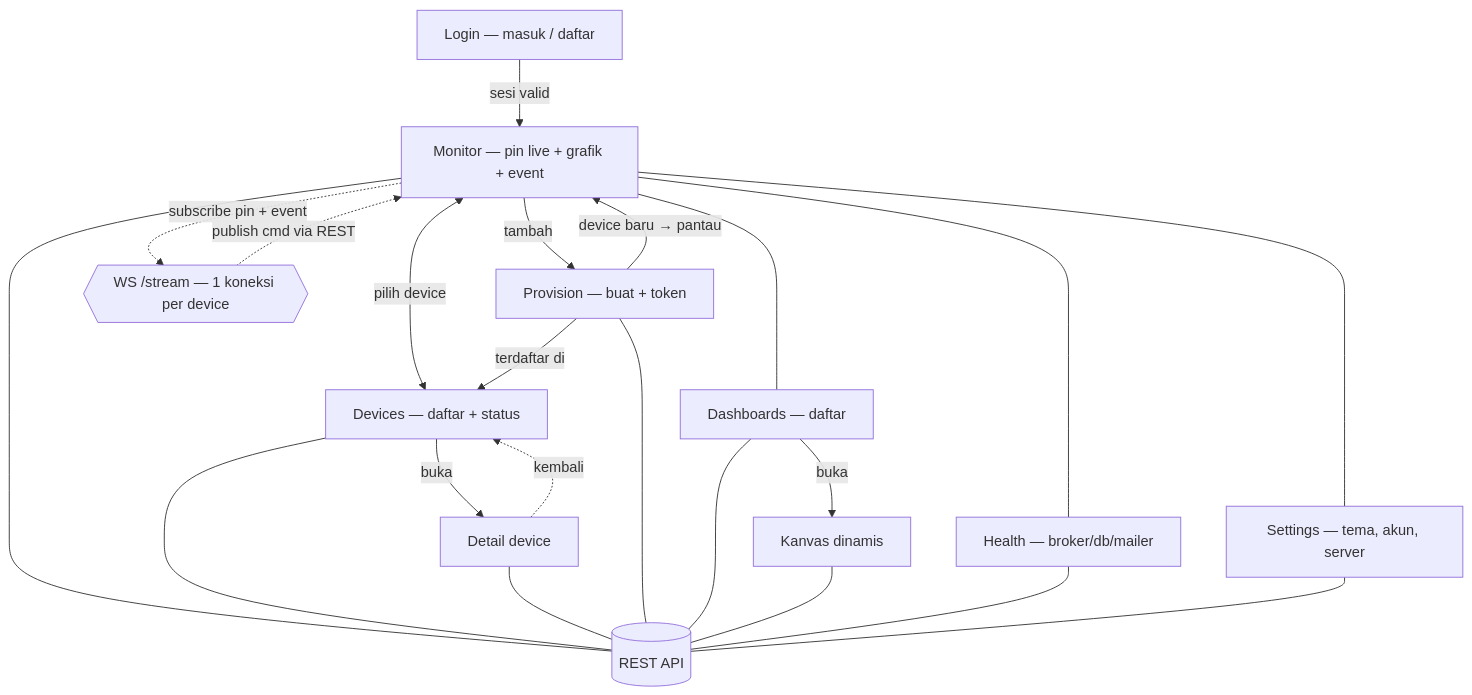
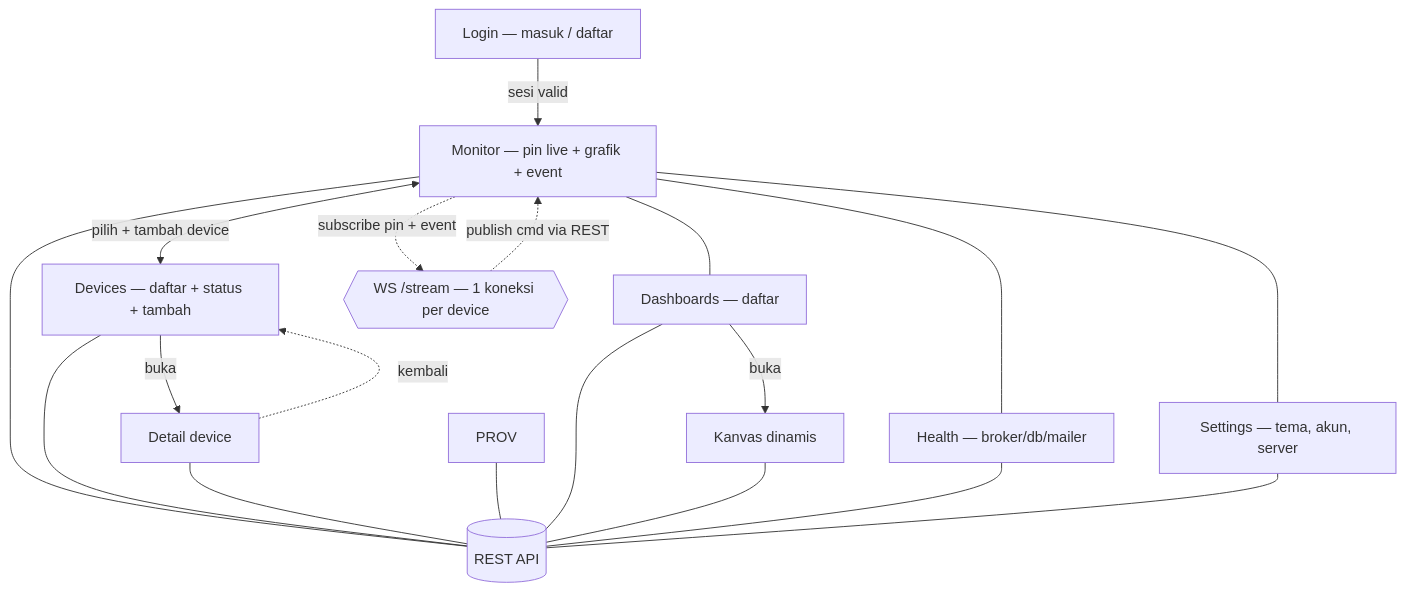
The first of 2 diagrams in tasks/plan-webapp.md (Andrisetianabrata/volta-IoT), drawn with Mermaid before and after one commit. The commit also changed other lines of this file and 56 other files, not shown here.

First line of the commit message:
feat(webapp): shell Open plane, Devices gabung, kanvas multi-device, seed demo

````diff
--- a/tasks/plan-webapp.md
+++ b/tasks/plan-webapp.md
@@ -78,36 +82,32 @@
 ```mermaid
 flowchart TD
     LOGIN["Login — masuk / daftar"]
     MON["Monitor — pin live + grafik + event"]
-    DEVS["Devices — daftar + status"]
+    DEVS["Devices — daftar + status + tambah"]
     DET["Detail device"]
-    PROV["Provision — buat + token"]
     DASH["Dashboards — daftar"]
     KANVAS["Kanvas dinamis"]
     HEALTH["Health — broker/db/mailer"]
     SET["Settings — tema, akun, server"]
     API[(REST API)]
     WS{{"WS /stream — 1 koneksi per device"}}
 
     LOGIN -->|"sesi valid"| MON
-    MON <-->|"pilih device"| DEVS
+    MON <-->|"pilih + tambah device"| DEVS
     DEVS -->|"buka"| DET
     DET -.->|"kembali"| DEVS
-    MON -->|"tambah"| PROV
-    PROV -->|"device baru → pantau"| MON
-    PROV -->|"terdaftar di"| DEVS
     DASH -->|"buka"| KANVAS
     MON --- DASH
     MON --- HEALTH
     MON --- SET
     MON -.->|"subscribe pin + event"| WS
     WS -.->|"publish cmd via REST"| MON
     MON --- API
     DEVS --- API
     DET --- API
     PROV --- API
     DASH --- API
     KANVAS --- API
     HEALTH --- API
     SET --- API
 ```
````
